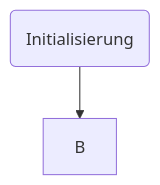
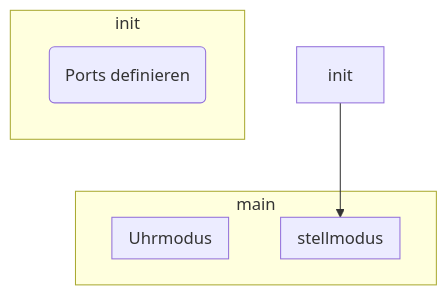
The diagram in readme.md (Klaseher/microcontrollertechniktestat), drawn with Mermaid before and after one commit. The commit also changed other lines of this file and 3 other files, not shown here.

````diff
--- a/readme.md
+++ b/readme.md
@@ -34,6 +34,20 @@
 ```mermaid
 graph TD;
-    init(Initialisierung)
+    init-->stellmodus
     
-    init-->B;
+    subgraph init  
+        ports(Ports definieren)
+
+    end 
+
+    subgraph main
+        subgraph stellmodus
+            
+
+        end
+        subgraph Uhrmodus
+        
+        end
+    end
+
 ```
````
